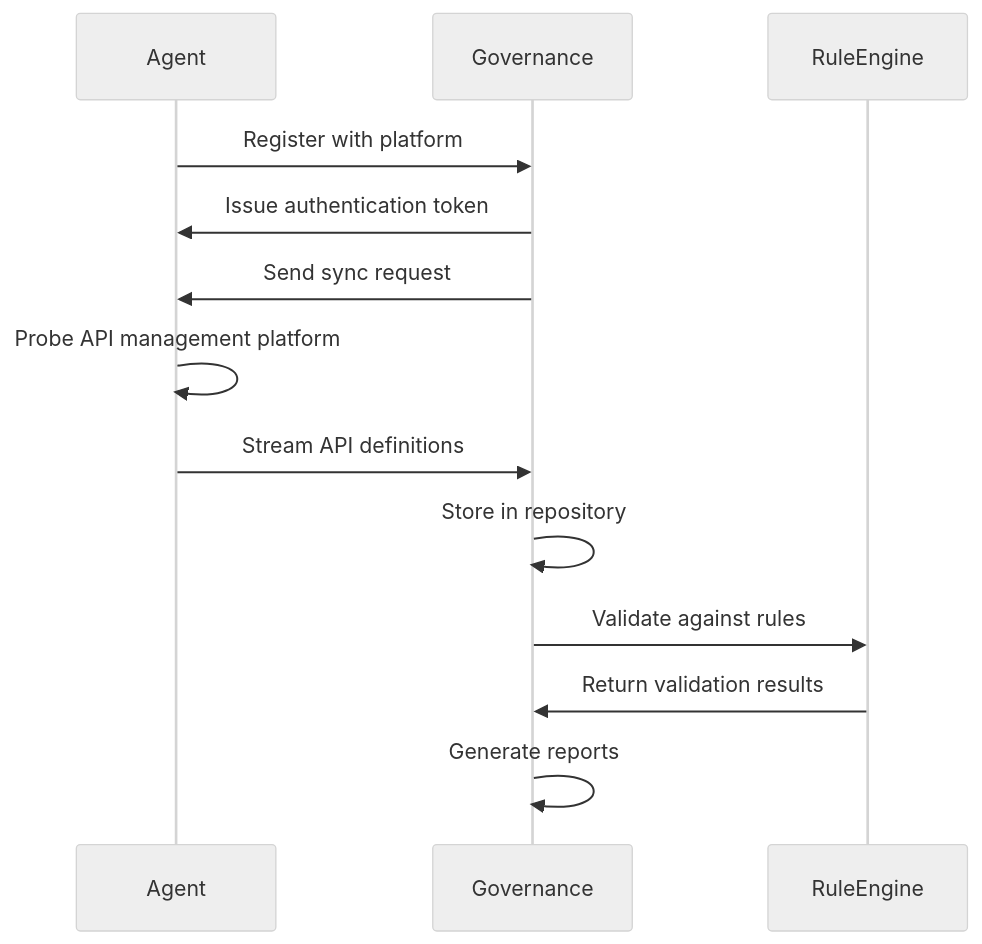
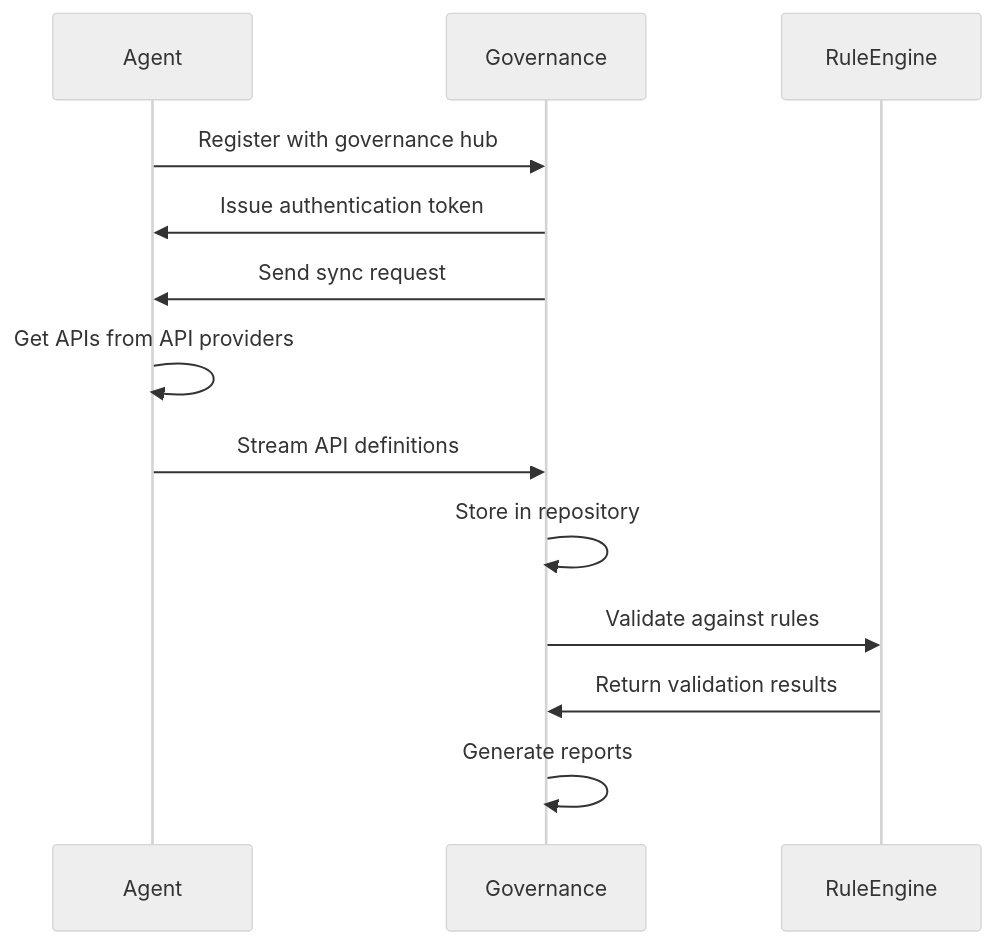
One commit to TykTechnologies/tyk-docs-hugo changed the third of 3 diagrams in tyk-docs/content/tyk-governance/core-concepts.md. Above: the diagram before and after it, drawn with Mermaid (neutral theme). The commit also changed other lines of this file and 4 other files, not shown here.

````diff
--- a/tyk-docs/content/tyk-governance/core-concepts.md
+++ b/tyk-docs/content/tyk-governance/core-concepts.md
@@ -171,16 +171,16 @@
 ```mermaid
 sequenceDiagram
     participant Agent
     participant Governance
     participant RuleEngine
     
-    Agent->>Governance: Register with platform
+    Agent->>Governance: Register with governance hub
     Governance->>Agent: Issue authentication token
     Governance->>Agent: Send sync request
-    Agent->>Agent: Probe API management platform
+    Agent->>Agent: Get APIs from API providers
     Agent->>Governance: Stream API definitions
     Governance->>Governance: Store in repository
     Governance->>RuleEngine: Validate against rules
     RuleEngine->>Governance: Return validation results
     Governance->>Governance: Generate reports
 ```
````
